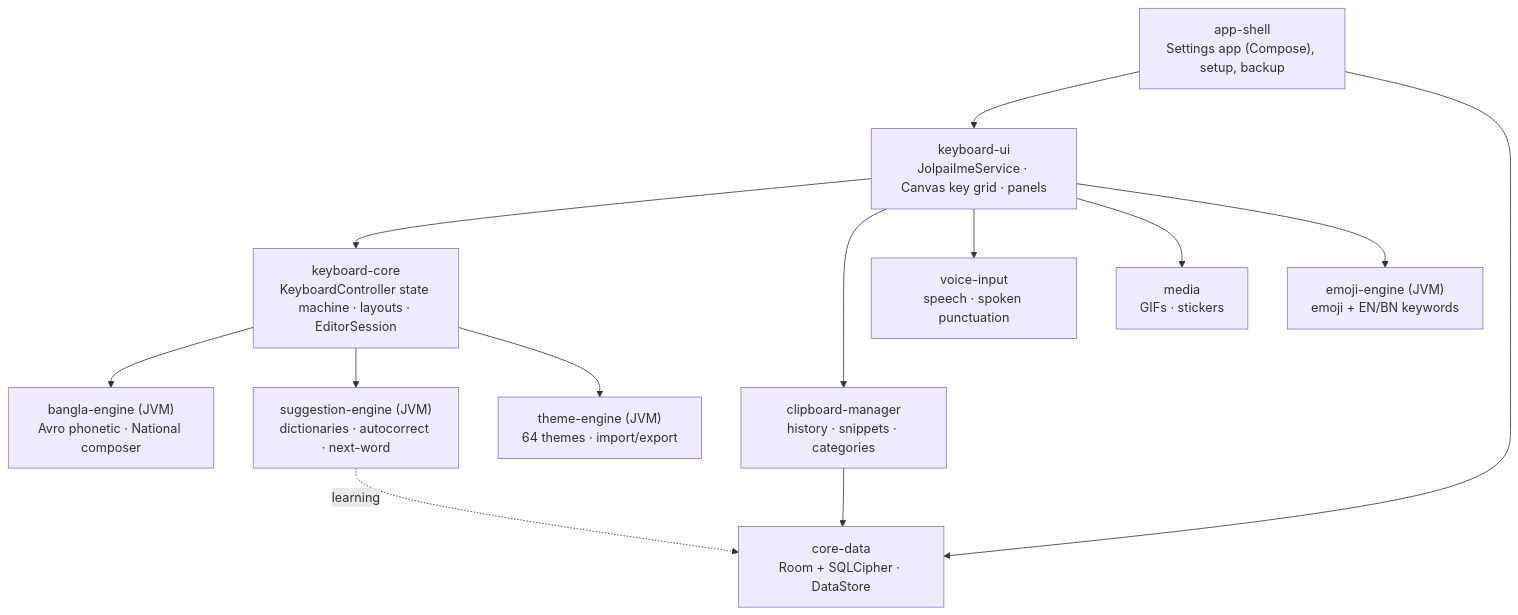
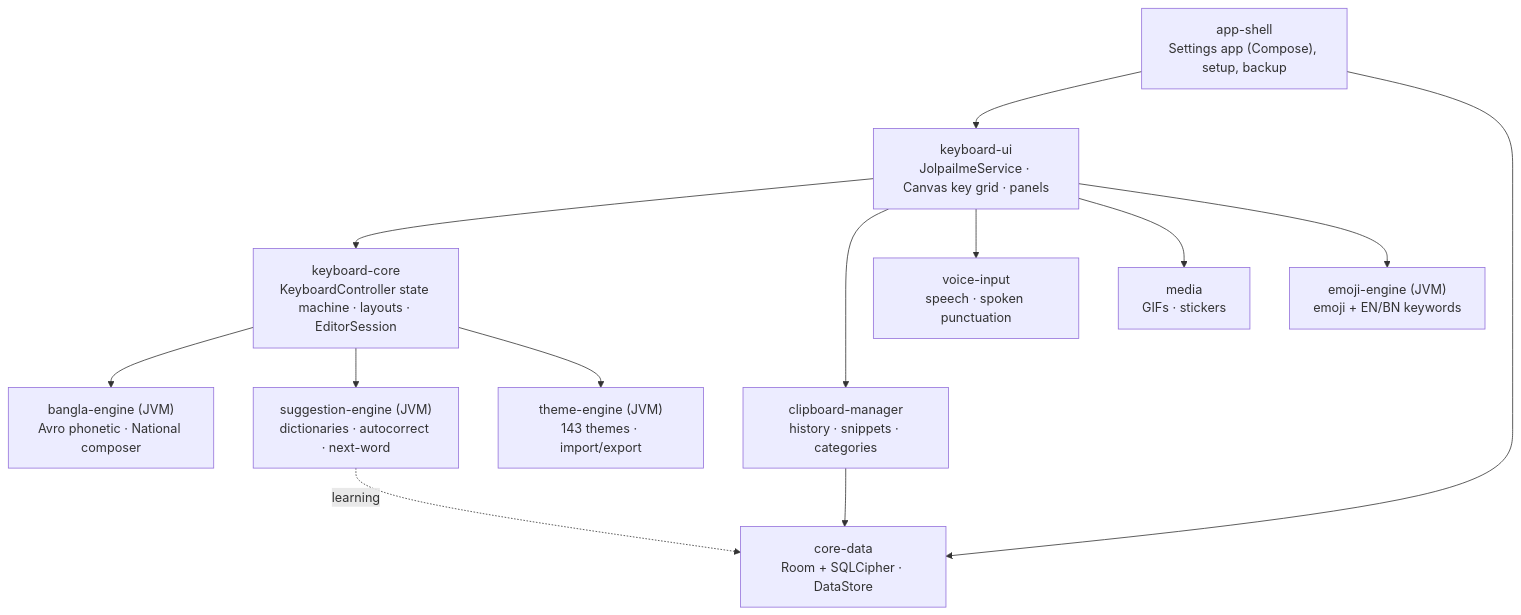
The first of 2 diagrams in README.md (Yeamin-Talukder/jolpai-keyboard), drawn with Mermaid before and after one commit. The commit also changed other lines of this file and 123 other files, not shown here.

````diff
--- a/README.md
+++ b/README.md
@@ -259,27 +245,27 @@
 ```mermaid
 flowchart TD
     APP["app-shell<br/>Settings app (Compose), setup, backup"]
     UI["keyboard-ui<br/>JolpaiImeService · Canvas key grid · panels"]
     CORE["keyboard-core<br/>KeyboardController state machine · layouts · EditorSession"]
     BN["bangla-engine (JVM)<br/>Avro phonetic · National composer"]
     SG["suggestion-engine (JVM)<br/>dictionaries · autocorrect · next-word"]
     EM["emoji-engine (JVM)<br/>emoji + EN/BN keywords"]
-    TH["theme-engine (JVM)<br/>64 themes · import/export"]
+    TH["theme-engine (JVM)<br/>143 themes · import/export"]
     CB["clipboard-manager<br/>history · snippets · categories"]
     VO["voice-input<br/>speech · spoken punctuation"]
     ME["media<br/>GIFs · stickers"]
     DATA["core-data<br/>Room + SQLCipher · DataStore"]
 
     APP --> UI
     APP --> DATA
     UI --> CORE
     UI --> CB
     UI --> VO
     UI --> ME
     UI --> EM
     CORE --> BN
     CORE --> SG
     CORE --> TH
     CB --> DATA
     SG -.learning.-> DATA
 ```
````
